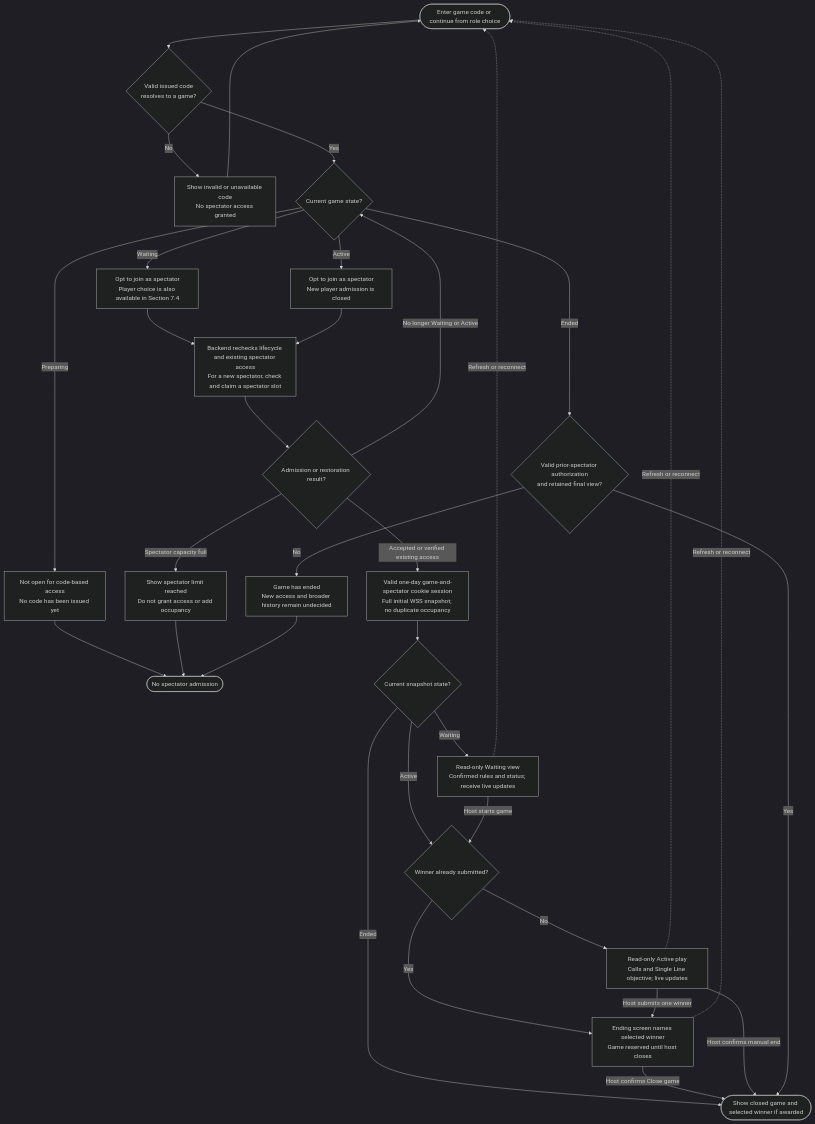
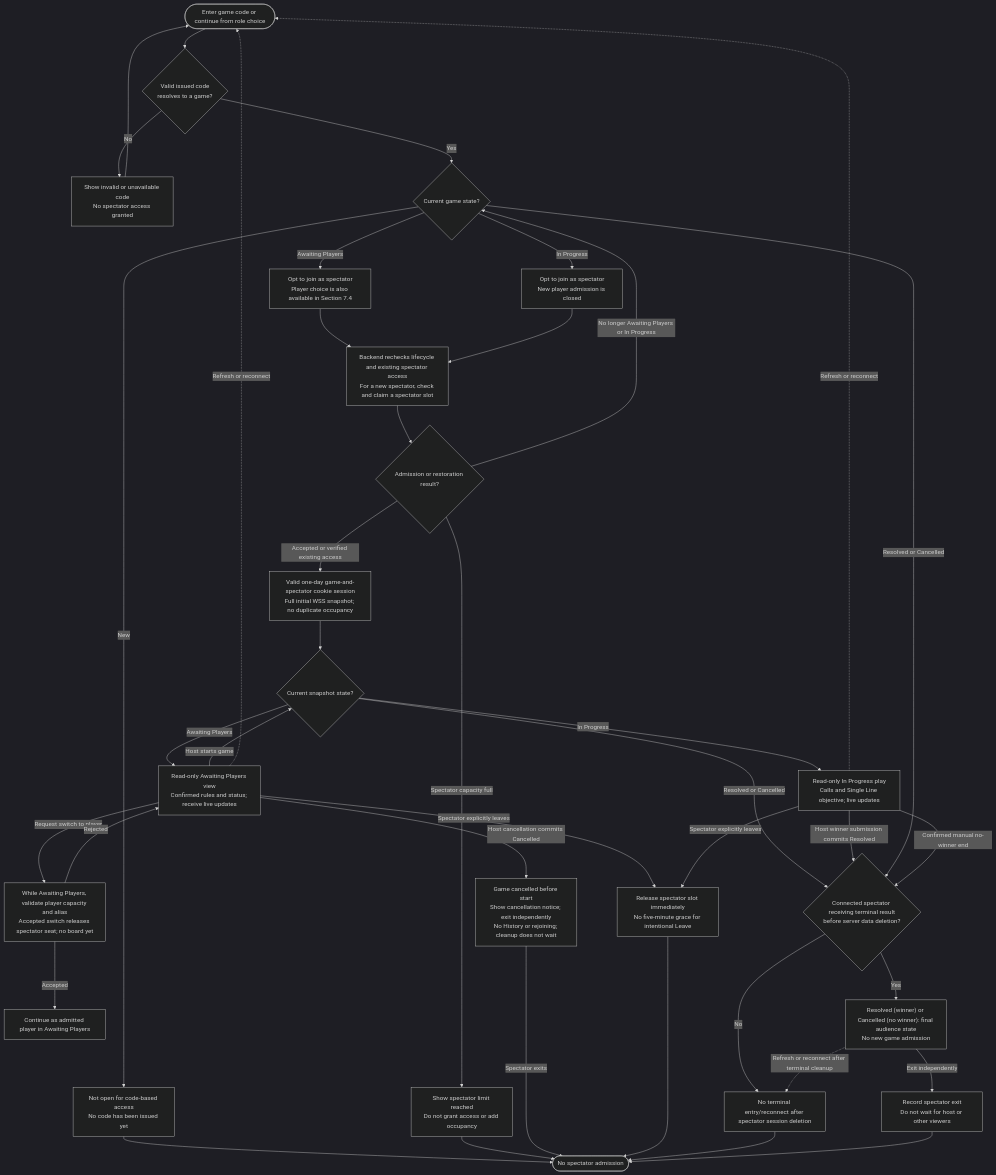
One commit to rdelacrz/brews-bingo changed the third of 3 diagrams in plans/hld.md. Above: the diagram before and after it, drawn with Mermaid (dark theme). The commit also changed other lines of this file, not shown here.

Commit message:
docs(hld): finalize behavior decisions and host/admin roles

````diff
--- a/plans/hld.md
+++ b/plans/hld.md
@@ -452,37 +540,45 @@
 ```mermaid
 flowchart TD
     SCODE([Enter game code or continue from role choice]) --> SVALID{"Valid issued code<br/>resolves to a game?"}
     SVALID -->|No| SERROR["Show invalid or unavailable code<br/>No spectator access granted"]
     SERROR --> SCODE
     SVALID -->|Yes| SSTATE{"Current game state?"}
 
-    SSTATE -->|Preparing| SPREP["Not open for code-based access<br/>No code has been issued yet"]
+    SSTATE -->|New| SPREP["Not open for code-based access<br/>No code has been issued yet"]
     SPREP --> SSTOP([No spectator admission])
-    SSTATE -->|Waiting| SOPT["Opt to join as spectator<br/>Player choice is also available in Section 7.4"]
-    SSTATE -->|Active| SONLY["Opt to join as spectator<br/>New player admission is closed"]
+    SSTATE -->|Awaiting Players| SOPT["Opt to join as spectator<br/>Player choice is also available in Section 7.4"]
+    SSTATE -->|In Progress| SONLY["Opt to join as spectator<br/>New player admission is closed"]
     SOPT --> SACCESS["Backend rechecks lifecycle and existing spectator access<br/>For a new spectator, check and claim a spectator slot"]
     SONLY --> SACCESS
     SACCESS --> SRESULT{"Admission or restoration result?"}
     SRESULT -->|Spectator capacity full| SFULL["Show spectator limit reached<br/>Do not grant access or add occupancy"]
     SFULL --> SSTOP
-    SRESULT -->|No longer Waiting or Active| SSTATE
+    SRESULT -->|No longer Awaiting Players or In Progress| SSTATE
     SRESULT -->|Accepted or verified existing access| SSNAPSHOT["Valid one-day game-and-spectator cookie session<br/>Full initial WSS snapshot; no duplicate occupancy"]
     SSNAPSHOT --> SNOW{"Current snapshot state?"}
-    SNOW -->|Waiting| SWAIT["Read-only Waiting view<br/>Confirmed rules and status; receive live updates"]
-    SNOW -->|Active| SPHASE{"Winner already submitted?"}
-    SPHASE -->|No| SLIVE["Read-only Active play<br/>Calls and Single Line objective; live updates"]
-    SPHASE -->|Yes| SWINNER
-    SNOW -->|Ended| SFINISH([Show closed game and selected winner if awarded])
-    SWAIT -->|Host starts game| SPHASE
+    SNOW -->|Awaiting Players| SWAIT["Read-only Awaiting Players view<br/>Confirmed rules and status; receive live updates"]
+    SNOW -->|In Progress| SLIVE["Read-only In Progress play<br/>Calls and Single Line objective; live updates"]
+    SNOW -->|Resolved or Cancelled| SRFINAL
+    SWAIT -->|Request switch to player| SSWITCH["While Awaiting Players, validate player capacity and alias<br/>Accepted switch releases spectator seat; no board yet"]
+    SSWITCH -->|Accepted| SPLAYER["Continue as admitted player in Awaiting Players"]
+    SSWITCH -->|Rejected| SWAIT
+    SWAIT -->|Host cancellation commits Cancelled| SCANCELNOTICE["Game cancelled before start<br/>Show cancellation notice; exit independently<br/>No History or rejoining; cleanup does not wait"]
+    SCANCELNOTICE -->|Spectator exits| SSTOP
+    SWAIT -->|Host starts game| SNOW
+    SWAIT -->|Spectator explicitly leaves| SLEAVE["Release spectator slot immediately<br/>No five-minute grace for intentional Leave"]
+    SLIVE -->|Spectator explicitly leaves| SLEAVE
+    SLEAVE --> SSTOP
     SWAIT -.->|Refresh or reconnect| SCODE
     SLIVE -.->|Refresh or reconnect| SCODE
-    SLIVE -->|Host submits one winner| SWINNER["Ending screen names selected winner<br/>Game reserved until host closes"]
-    SWINNER -->|Host confirms Close game| SFINISH
-    SWINNER -.->|Refresh or reconnect| SCODE
-    SLIVE -->|Host confirms manual end| SFINISH
+    SLIVE -->|Host winner submission commits Resolved| SRFINAL
+    SSTATE -->|Resolved or Cancelled| SRFINAL{"Connected spectator receiving terminal result<br/>before server data deletion?"}
+    SRFINAL -->|Yes| SWINNER["Resolved (winner) or Cancelled (no winner): final audience state<br/>No new game admission"]
+    SRFINAL -->|No| SRDENY["No terminal entry/reconnect after spectator session deletion"]
+    SRDENY --> SSTOP
+    SWINNER -->|Exit independently| SEXIT["Record spectator exit<br/>Do not wait for host or other viewers"]
+    SEXIT --> SSTOP
+    SWINNER -.->|Refresh or reconnect after terminal cleanup| SRDENY
+    SLIVE -->|Confirmed manual no-winner end| SRFINAL
 
-    SSTATE -->|Ended| SFINALAUTH{"Valid prior-spectator authorization<br/>and retained final view?"}
-    SFINALAUTH -->|Yes| SFINISH
-    SFINALAUTH -->|No| SENDED["Game has ended<br/>New access and broader history remain undecided"]
-    SENDED --> SSTOP
+
 ```
````
